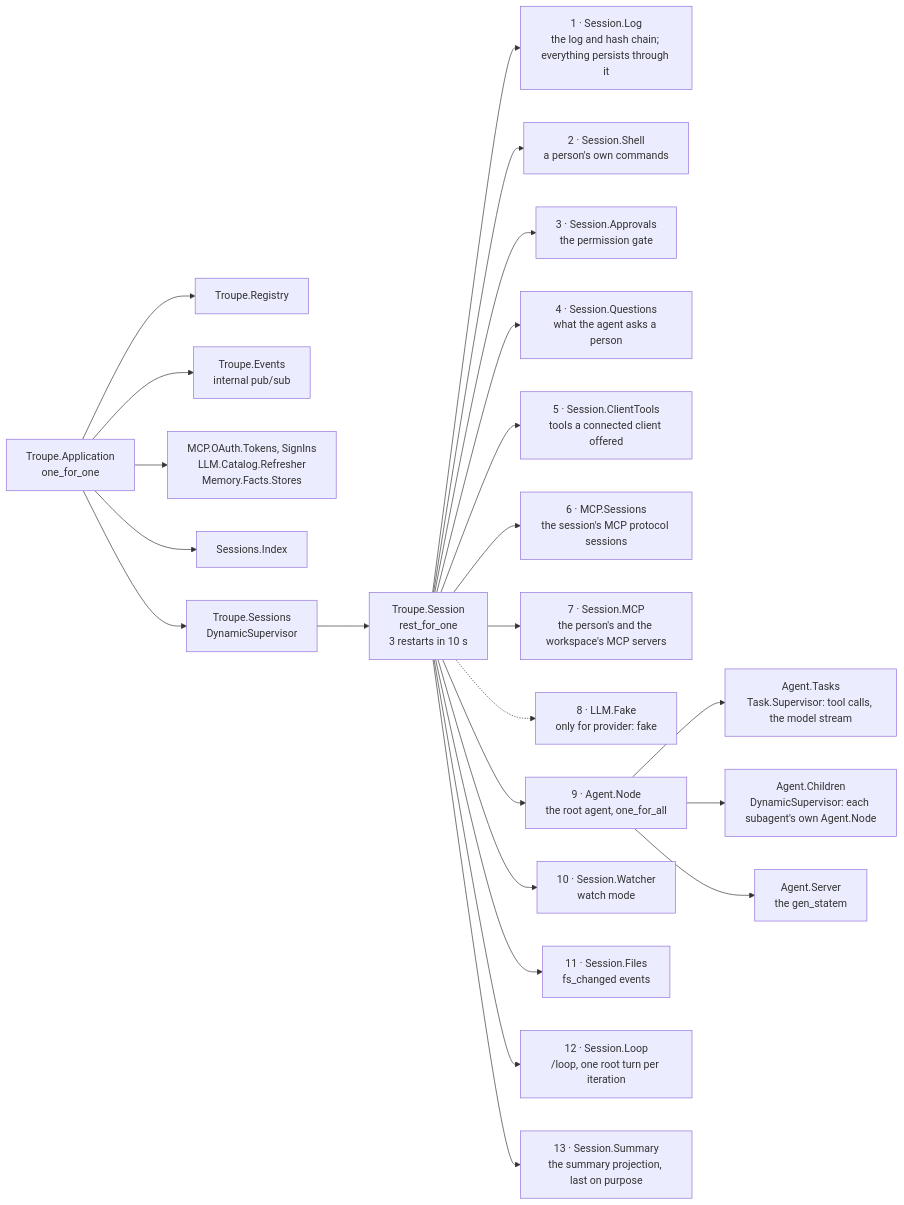
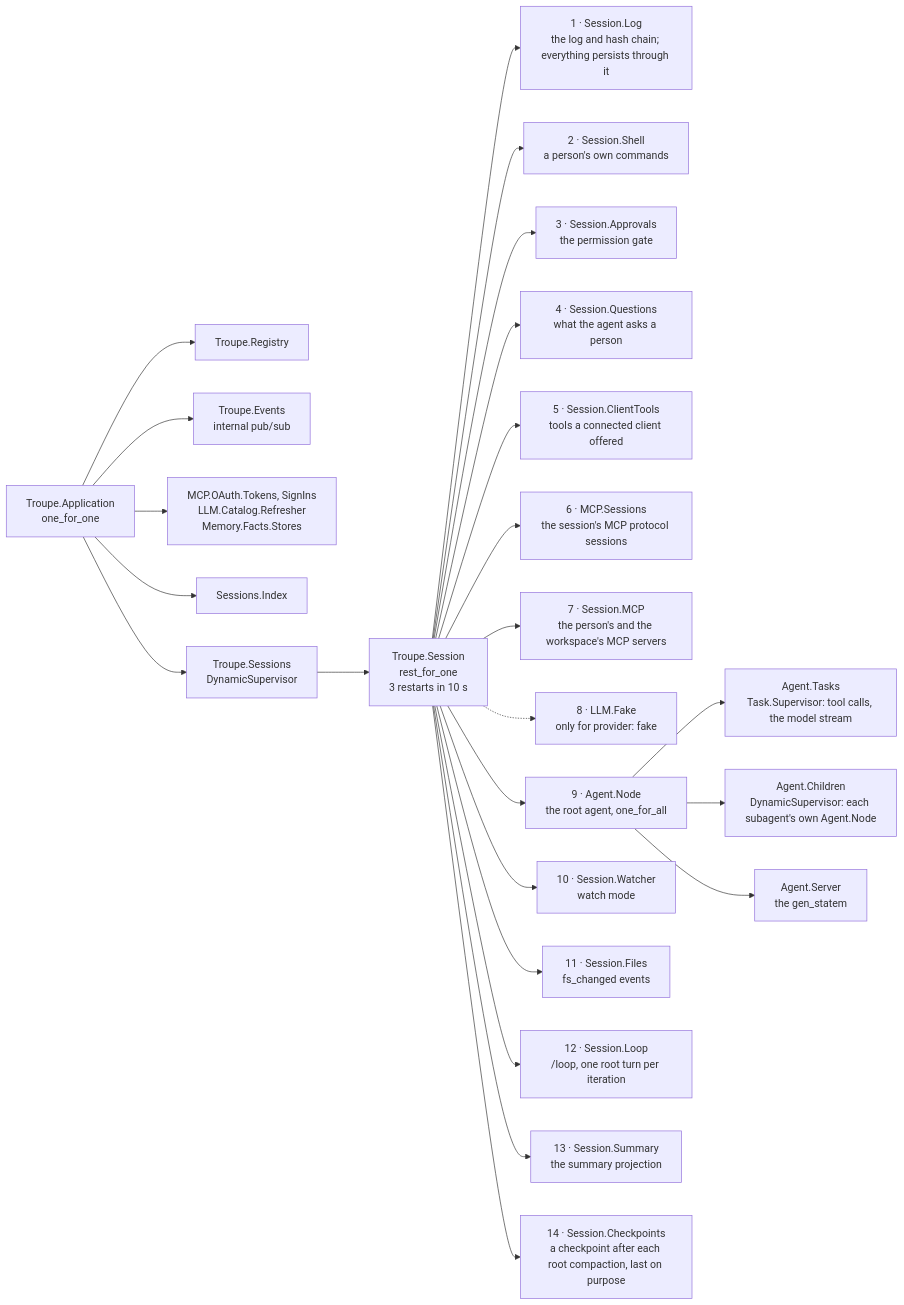
Before and after one commit to it-minds/troupe: the first of 3 diagrams in docs/developer/architecture.md, drawn with Mermaid. The commit also changed other lines of this file and 2 other files, not shown here.

Commit message:
PROTOCOL.md documents the checkpoint event, the checkpoints capability, subscribe's from and session.events; the architecture's log section gains the checkpoint; Decision 1094

````diff
--- a/docs/developer/architecture.md
+++ b/docs/developer/architecture.md
@@ -35,25 +35,26 @@
 ```mermaid
 flowchart LR
   app["Troupe.Application<br/>one_for_one"] --> registry["Troupe.Registry"]
   app --> events["Troupe.Events<br/>internal pub/sub"]
   app --> oauth["MCP.OAuth.Tokens, SignIns<br/>LLM.Catalog.Refresher<br/>Memory.Facts.Stores"]
   app --> index["Sessions.Index"]
   app --> sessions["Troupe.Sessions<br/>DynamicSupervisor"]
   sessions --> session["Troupe.Session<br/>rest_for_one<br/>3 restarts in 10 s"]
   session --> log["1 · Session.Log<br/>the log and hash chain; everything persists through it"]
   session --> shell["2 · Session.Shell<br/>a person's own commands"]
   session --> approvals["3 · Session.Approvals<br/>the permission gate"]
   session --> questions["4 · Session.Questions<br/>what the agent asks a person"]
   session --> clienttools["5 · Session.ClientTools<br/>tools a connected client offered"]
   session --> mcpsessions["6 · MCP.Sessions<br/>the session's MCP protocol sessions"]
   session --> mcp["7 · Session.MCP<br/>the person's and the workspace's MCP servers"]
   session -.-> fake["8 · LLM.Fake<br/>only for provider: fake"]
   session --> node["9 · Agent.Node<br/>the root agent, one_for_all"]
   session --> watcher["10 · Session.Watcher<br/>watch mode"]
   session --> files["11 · Session.Files<br/>fs_changed events"]
   session --> loop["12 · Session.Loop<br/>/loop, one root turn per iteration"]
-  session --> summary["13 · Session.Summary<br/>the summary projection, last on purpose"]
+  session --> summary["13 · Session.Summary<br/>the summary projection"]
+  session --> checkpoints["14 · Session.Checkpoints<br/>a checkpoint after each root compaction, last on purpose"]
   node --> tasks["Agent.Tasks<br/>Task.Supervisor: tool calls, the model stream"]
   node --> children["Agent.Children<br/>DynamicSupervisor: each subagent's own Agent.Node"]
   node --> server["Agent.Server<br/>the gen_statem"]
 ```
````
